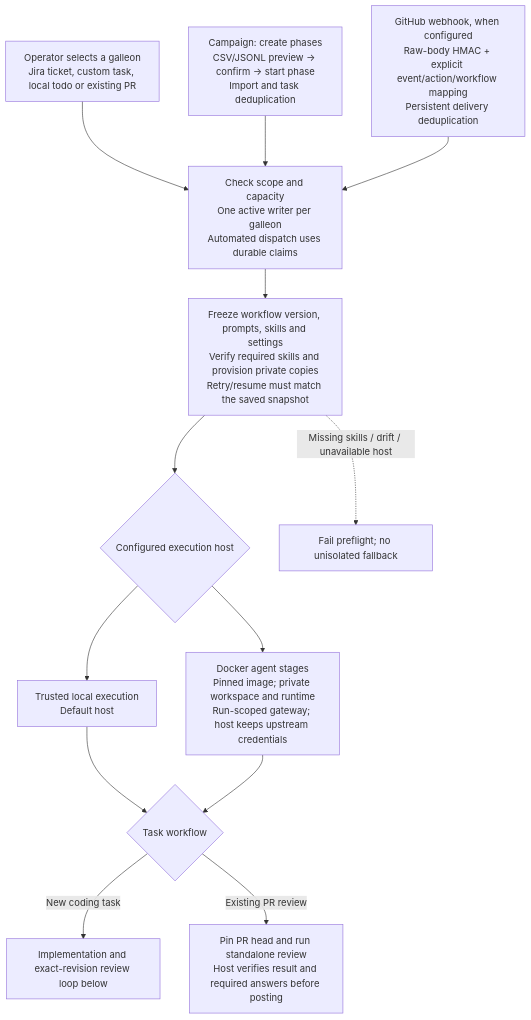
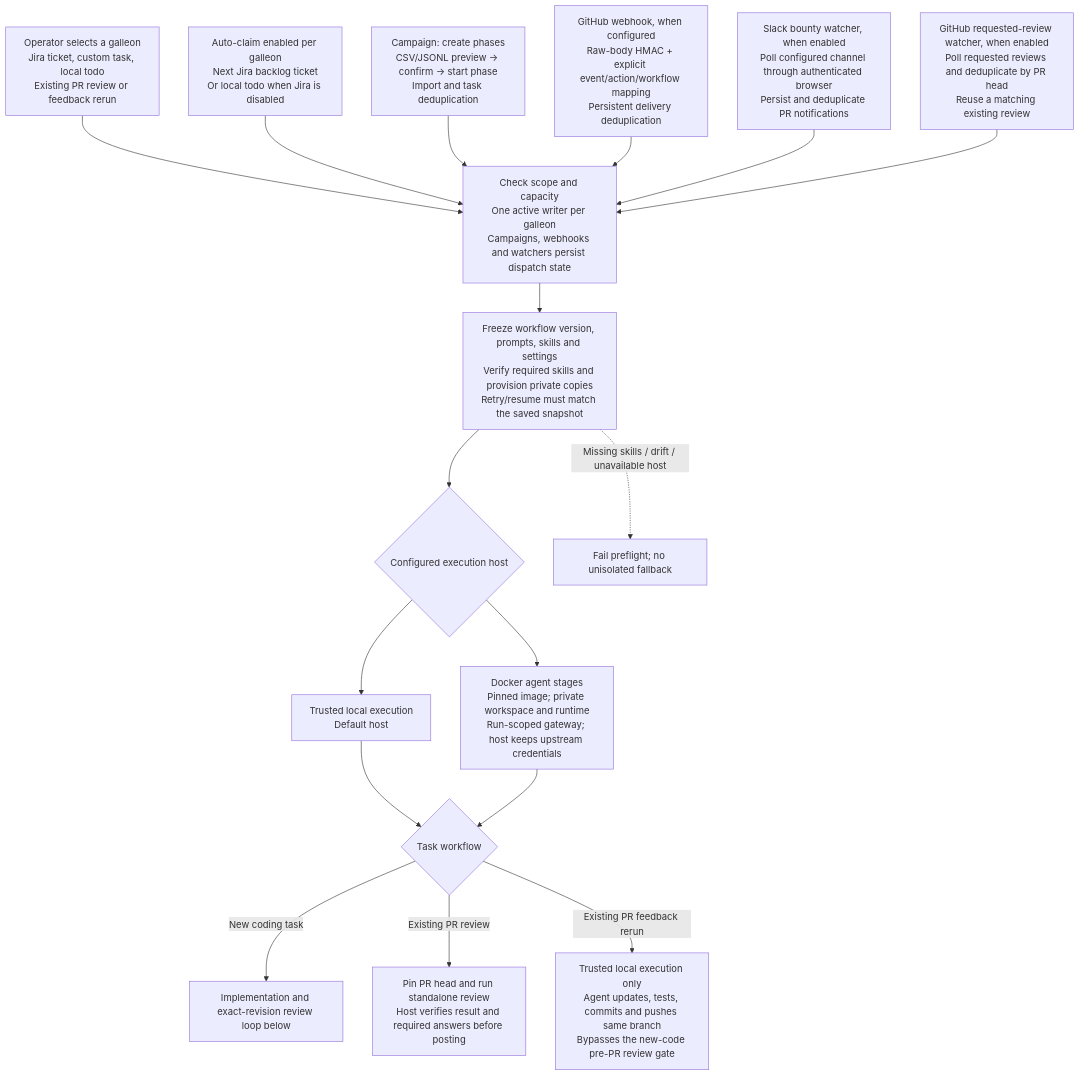
One commit to nathanloehlein/helmsman-og changed the first of 4 diagrams in docs/helmsman-process.md. Above: the diagram before and after it, drawn with Mermaid. The commit also changed other lines of this file and 2 other files, not shown here.

Commit message:
Update 0.3.0 README and workflow diagrams

````diff
--- a/docs/helmsman-process.md
+++ b/docs/helmsman-process.md
@@ -9,15 +9,19 @@
 ```mermaid
 flowchart TD
-    Manual[Operator selects a galleon<br/>Jira ticket, custom task, local todo or existing PR] --> Dispatch
+    Manual[Operator selects a galleon<br/>Jira ticket, custom task, local todo<br/>Existing PR review or feedback rerun] --> Dispatch
+    AutoClaim[Auto-claim enabled per galleon<br/>Next Jira backlog ticket<br/>Or local todo when Jira is disabled] --> Dispatch
     Campaign[Campaign: create phases<br/>CSV/JSONL preview → confirm → start phase<br/>Import and task deduplication] --> Dispatch
     Webhook[GitHub webhook, when configured<br/>Raw-body HMAC + explicit event/action/workflow mapping<br/>Persistent delivery deduplication] --> Dispatch
-    Dispatch[Check scope and capacity<br/>One active writer per galleon<br/>Automated dispatch uses durable claims] --> Snapshot[Freeze workflow version, prompts, skills and settings<br/>Verify required skills and provision private copies<br/>Retry/resume must match the saved snapshot]
+    Slack[Slack bounty watcher, when enabled<br/>Poll configured channel through authenticated browser<br/>Persist and deduplicate PR notifications] --> Dispatch
+    GitHub[GitHub requested-review watcher, when enabled<br/>Poll requested reviews and deduplicate by PR head<br/>Reuse a matching existing review] --> Dispatch
+    Dispatch[Check scope and capacity<br/>One active writer per galleon<br/>Campaigns, webhooks and watchers persist dispatch state] --> Snapshot[Freeze workflow version, prompts, skills and settings<br/>Verify required skills and provision private copies<br/>Retry/resume must match the saved snapshot]
     Snapshot --> Host{Configured execution host}
     Host --> Local[Trusted local execution<br/>Default host]
     Host --> Docker[Docker agent stages<br/>Pinned image; private workspace and runtime<br/>Run-scoped gateway; host keeps upstream credentials]
     Local --> Workflow{Task workflow}
     Docker --> Workflow
     Workflow -->|New coding task| Coding[Implementation and exact-revision review loop below]
     Workflow -->|Existing PR review| Review[Pin PR head and run standalone review<br/>Host verifies result and required answers before posting]
+    Workflow -->|Existing PR feedback rerun| Rerun[Trusted local execution only<br/>Agent updates, tests, commits and pushes same branch<br/>Bypasses the new-code pre-PR review gate]
     Snapshot -.->|Missing skills / drift / unavailable host| Block[Fail preflight; no unisolated fallback]
 ```
````
